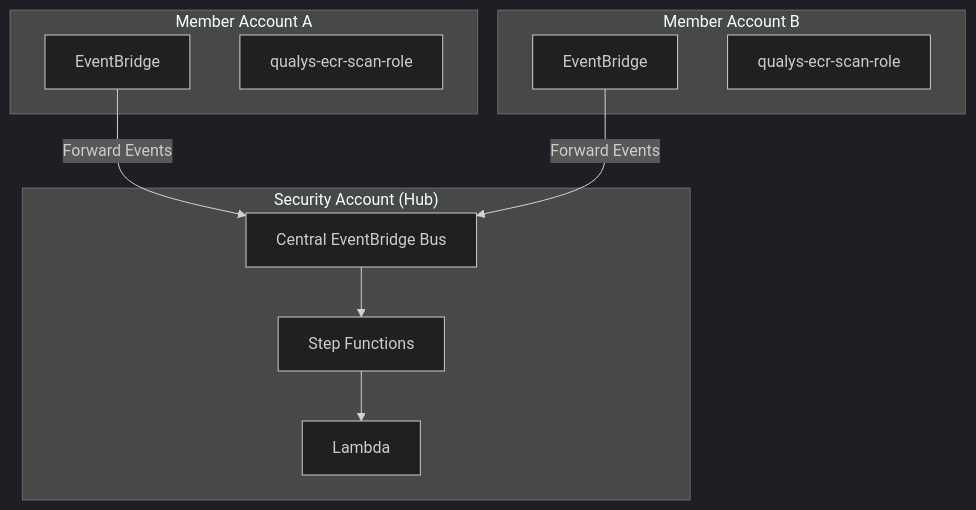
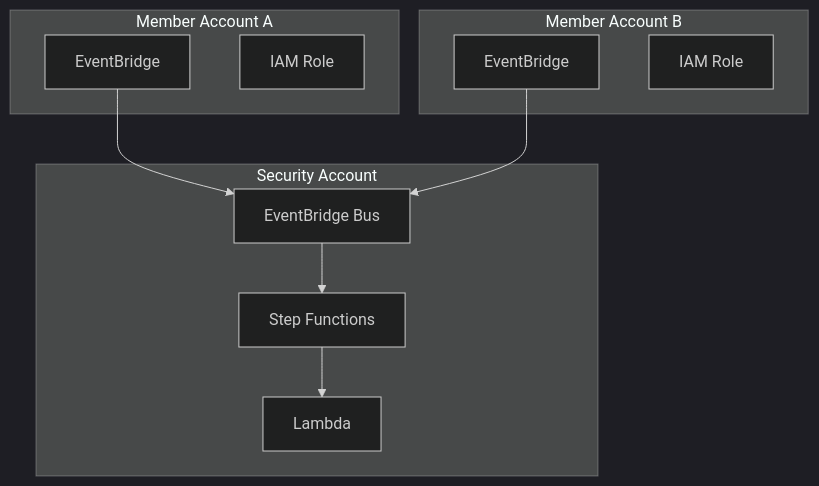
One commit to nelssec/qualys-fargate changed the fourth of 5 diagrams in docs/blog-technical-architecture.md. Above: the diagram before and after it, drawn with Mermaid (dark theme). The commit also changed other lines of this file and 6 other files, not shown here.

First line of the commit message:
Add existing IAM role support and update documentation

````diff
--- a/docs/blog-technical-architecture.md
+++ b/docs/blog-technical-architecture.md
@@ -183,23 +141,22 @@
 ```mermaid
 flowchart TB
-    subgraph security["Security Account (Hub)"]
-        BUS[Central EventBridge Bus]
+    subgraph hub["Security Account"]
+        BUS[EventBridge Bus]
         SF[Step Functions]
         LAMBDA[Lambda]
     end
 
-    subgraph member1["Member Account A"]
+    subgraph spoke1["Member Account A"]
         EB1[EventBridge]
-        ROLE1[qualys-ecr-scan-role]
+        ROLE1[IAM Role]
     end
 
-    subgraph member2["Member Account B"]
+    subgraph spoke2["Member Account B"]
         EB2[EventBridge]
-        ROLE2[qualys-ecr-scan-role]
+        ROLE2[IAM Role]
     end
 
-    EB1 -->|Forward Events| BUS
-    EB2 -->|Forward Events| BUS
-    BUS --> SF
-    SF --> LAMBDA
+    EB1 --> BUS
+    EB2 --> BUS
+    BUS --> SF --> LAMBDA
 ```
````
